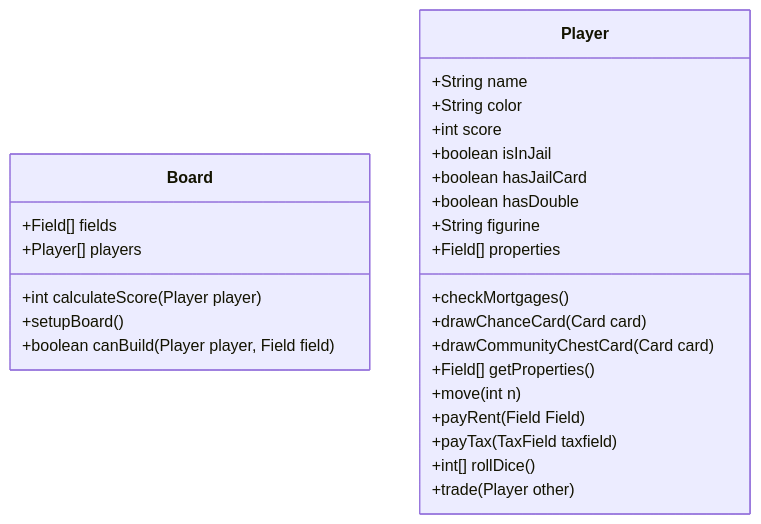
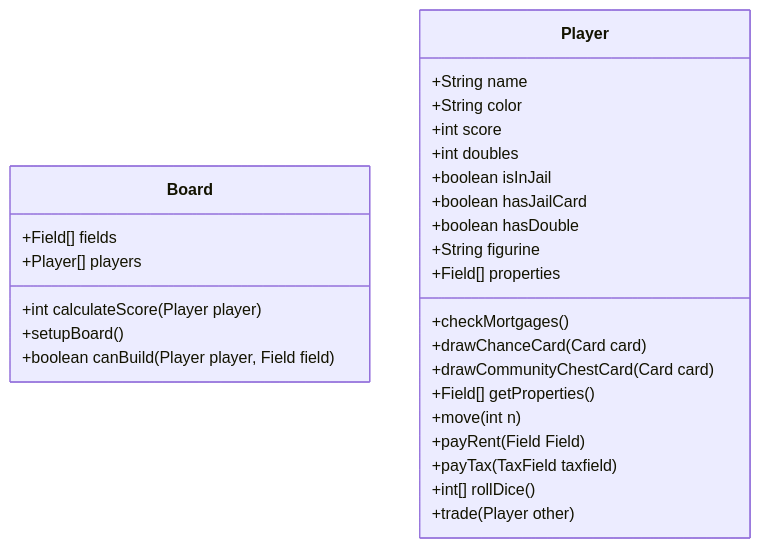
Before and after one commit to mhmFrost/Monopoly: the second of 2 diagrams in classdiagramm.md, drawn with Mermaid. The commit also changed 1 other file, not shown here.

Commit message:
add rollDice() Method and adjusted classdiagramm.md

````diff
--- a/classdiagramm.md
+++ b/classdiagramm.md
@@ -58,29 +58,30 @@
 ``` mermaid
 classDiagram
 class Board{
 +Field[] fields
 +Player[] players
 +int calculateScore(Player player)
 +setupBoard()
 +boolean canBuild(Player player, Field field)
 }
 class Player{
 +String name
 +String color
 +int score
++int doubles
 +boolean isInJail
 +boolean hasJailCard
 +boolean hasDouble
 +String figurine
 +Field[] properties
 +checkMortgages()
 +drawChanceCard(Card card)
 +drawCommunityChestCard(Card card)
 +Field[] getProperties()
 +move(int n)
 +payRent(Field Field)
 +payTax(TaxField taxfield)
 +int[] rollDice()
 +trade(Player other)
 }
 ```
````
